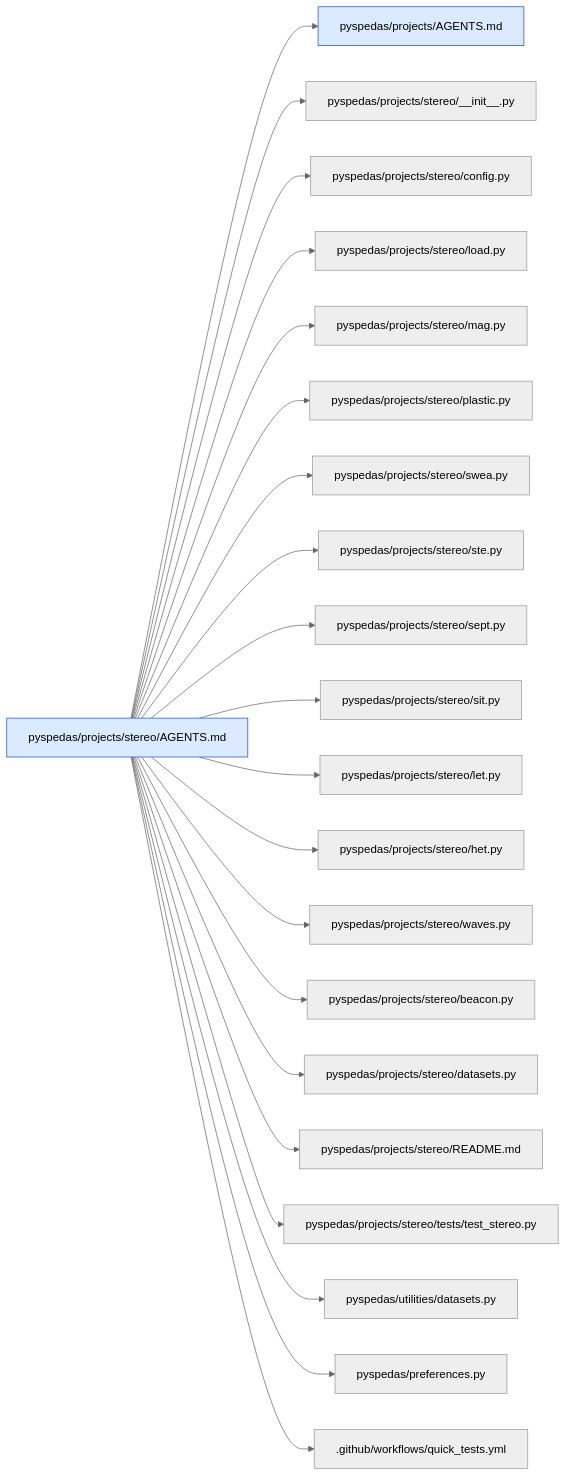
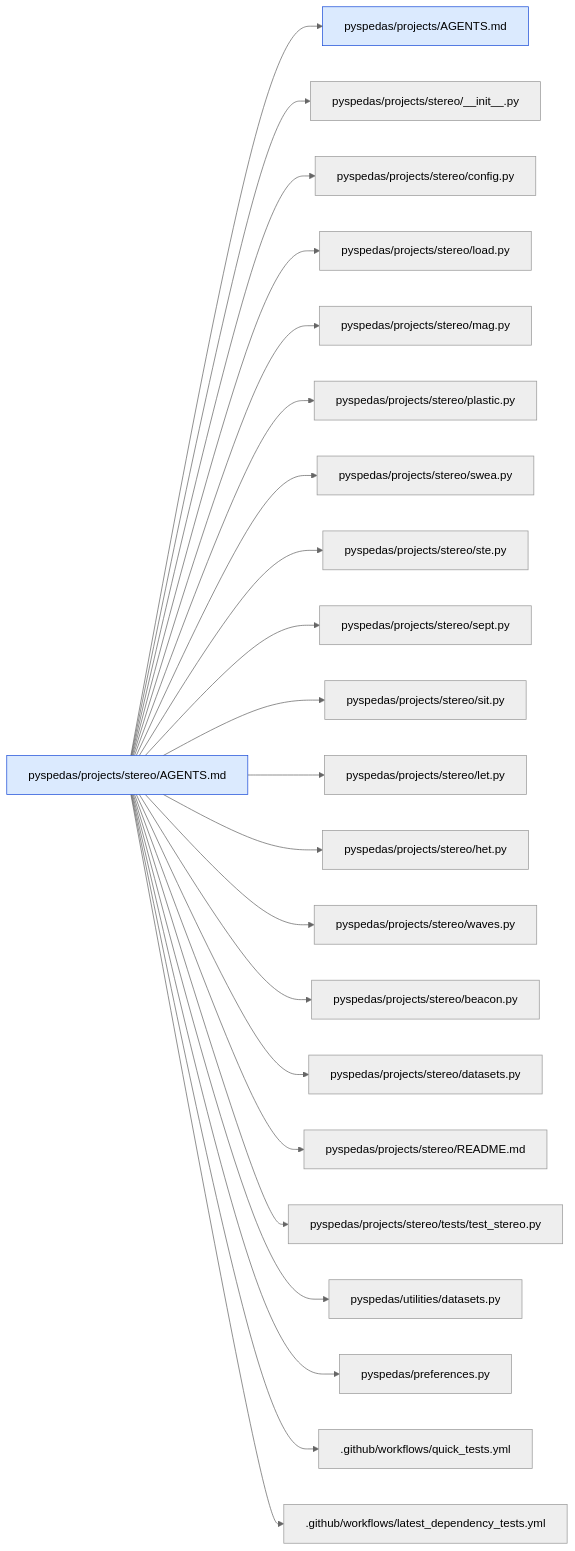
Before and after one commit to spedas/pyspedas: diagram 33 of 43 in .agents/map/MAP.md, drawn with Mermaid (neutral theme). The commit also changed other lines of this file and 15 other files, not shown here.

Commit message:
Updated md and rst docs to mention that new tests added to quick_tests workflow should also be added to latest_dependency_tests

````diff
--- a/.agents/map/MAP.md
+++ b/.agents/map/MAP.md
@@ -1216,26 +1222,27 @@
 ```mermaid
 graph LR
   classDef agents fill:#dbeafe,stroke:#1d4ed8
   classDef missing fill:#fee2e2,stroke:#b91c1c,stroke-dasharray:4
   self["pyspedas/projects/stereo/AGENTS.md"]:::agents
   self --> r0["pyspedas/projects/AGENTS.md"]:::agents
   self --> r1["pyspedas/projects/stereo/__init__.py"]
   self --> r2["pyspedas/projects/stereo/config.py"]
   self --> r3["pyspedas/projects/stereo/load.py"]
   self --> r4["pyspedas/projects/stereo/mag.py"]
   self --> r5["pyspedas/projects/stereo/plastic.py"]
   self --> r6["pyspedas/projects/stereo/swea.py"]
   self --> r7["pyspedas/projects/stereo/ste.py"]
   self --> r8["pyspedas/projects/stereo/sept.py"]
   self --> r9["pyspedas/projects/stereo/sit.py"]
   self --> r10["pyspedas/projects/stereo/let.py"]
   self --> r11["pyspedas/projects/stereo/het.py"]
   self --> r12["pyspedas/projects/stereo/waves.py"]
   self --> r13["pyspedas/projects/stereo/beacon.py"]
   self --> r14["pyspedas/projects/stereo/datasets.py"]
   self --> r15["pyspedas/projects/stereo/README.md"]
   self --> r16["pyspedas/projects/stereo/tests/test_stereo.py"]
   self --> r17["pyspedas/utilities/datasets.py"]
   self --> r18["pyspedas/preferences.py"]
   self --> r19[".github/workflows/quick_tests.yml"]
+  self --> r20[".github/workflows/latest_dependency_tests.yml"]
 ```
````
